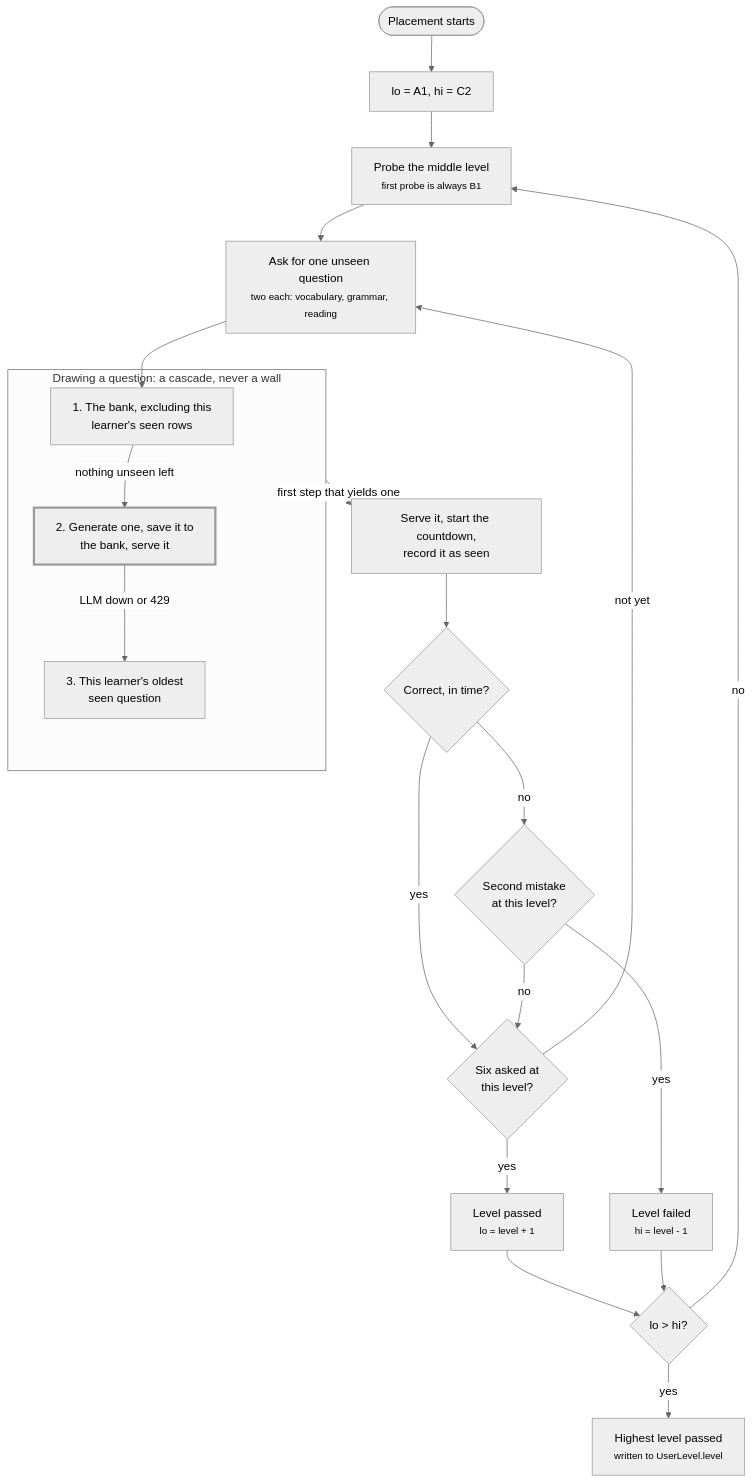
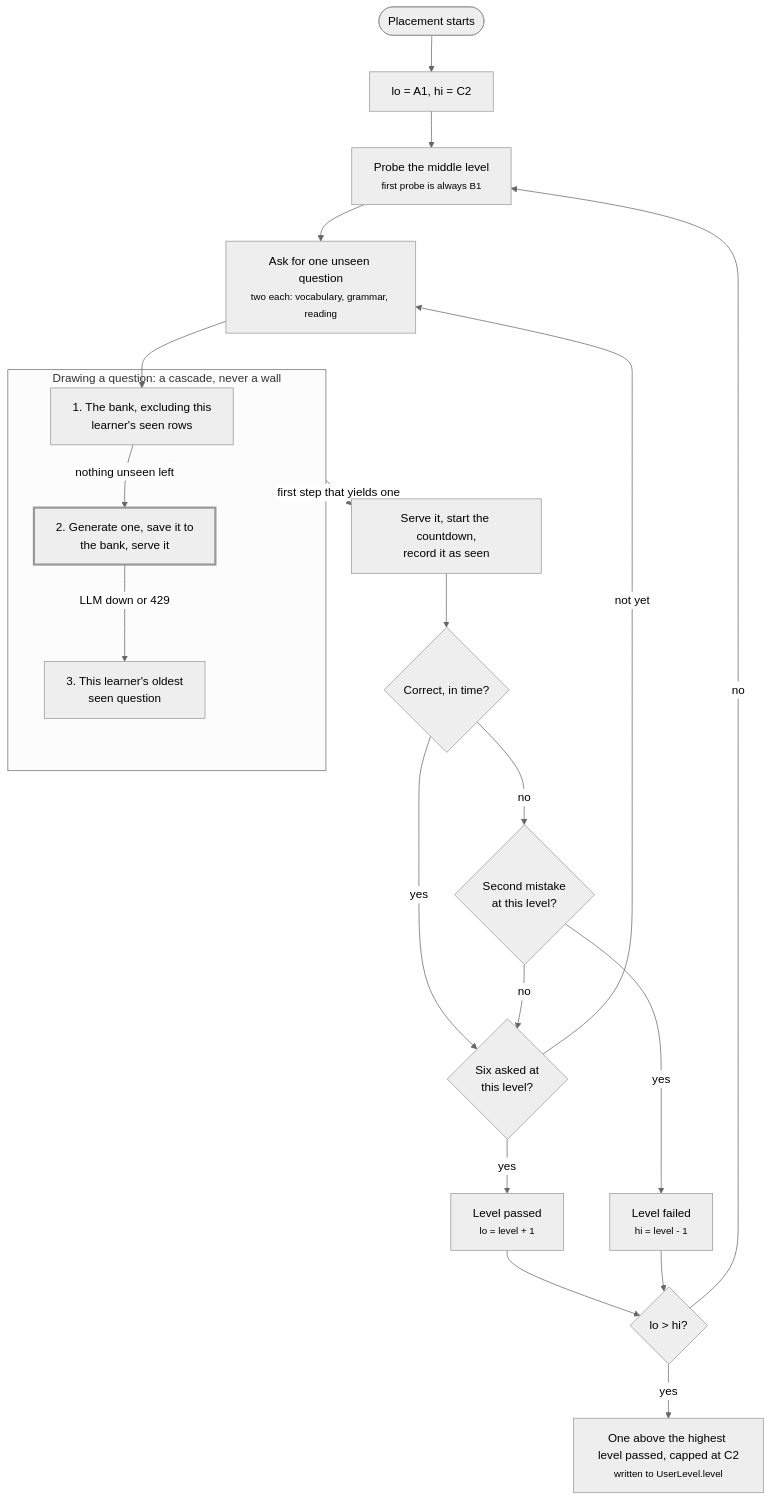
Before and after one commit to VictorBro/ft_transcendence: the first of 5 diagrams in docs/PRODUCT_ARCHITECTURE.md, drawn with Mermaid (neutral theme). The commit also changed other lines of this file and 1 other file, not shown here.

````diff
--- a/docs/PRODUCT_ARCHITECTURE.md
+++ b/docs/PRODUCT_ARCHITECTURE.md
@@ -121,31 +122,31 @@
 ```mermaid
 flowchart TD
     start(["Placement starts"]) --> bounds["lo = A1, hi = C2"]
     bounds --> probe["Probe the middle level<br/><small>first probe is always B1</small>"]
     probe --> draw["Ask for one unseen question<br/><small>two each: vocabulary, grammar, reading</small>"]
 
     subgraph cascade["Drawing a question: a cascade, never a wall"]
         bank["1. The bank, excluding this<br/>learner's seen rows"]
         gen["2. Generate one, save it to<br/>the bank, serve it"]
         lru["3. This learner's oldest<br/>seen question"]
         bank -- "nothing unseen left" --> gen
         gen -- "LLM down or 429" --> lru
     end
 
     draw --> bank
     cascade -- "first step that yields one" --> serve["Serve it, start the countdown,<br/>record it as seen"]
     serve --> judge{"Correct, in time?"}
     judge -- "yes" --> six{"Six asked at<br/>this level?"}
     judge -- "no" --> second{"Second mistake<br/>at this level?"}
     second -- "no" --> six
     second -- "yes" --> failed["Level failed<br/><small>hi = level - 1</small>"]
     six -- "not yet" --> draw
     six -- "yes" --> passed["Level passed<br/><small>lo = level + 1</small>"]
     passed --> over{"lo > hi?"}
     failed --> over
     over -- "no" --> probe
-    over -- "yes" --> result["Highest level passed<br/><small>written to UserLevel.level</small>"]
+    over -- "yes" --> result["One above the highest level passed, capped at C2<br/><small>written to UserLevel.level</small>"]
 
     classDef llm stroke-width:3px
     class gen llm
 ```
````
